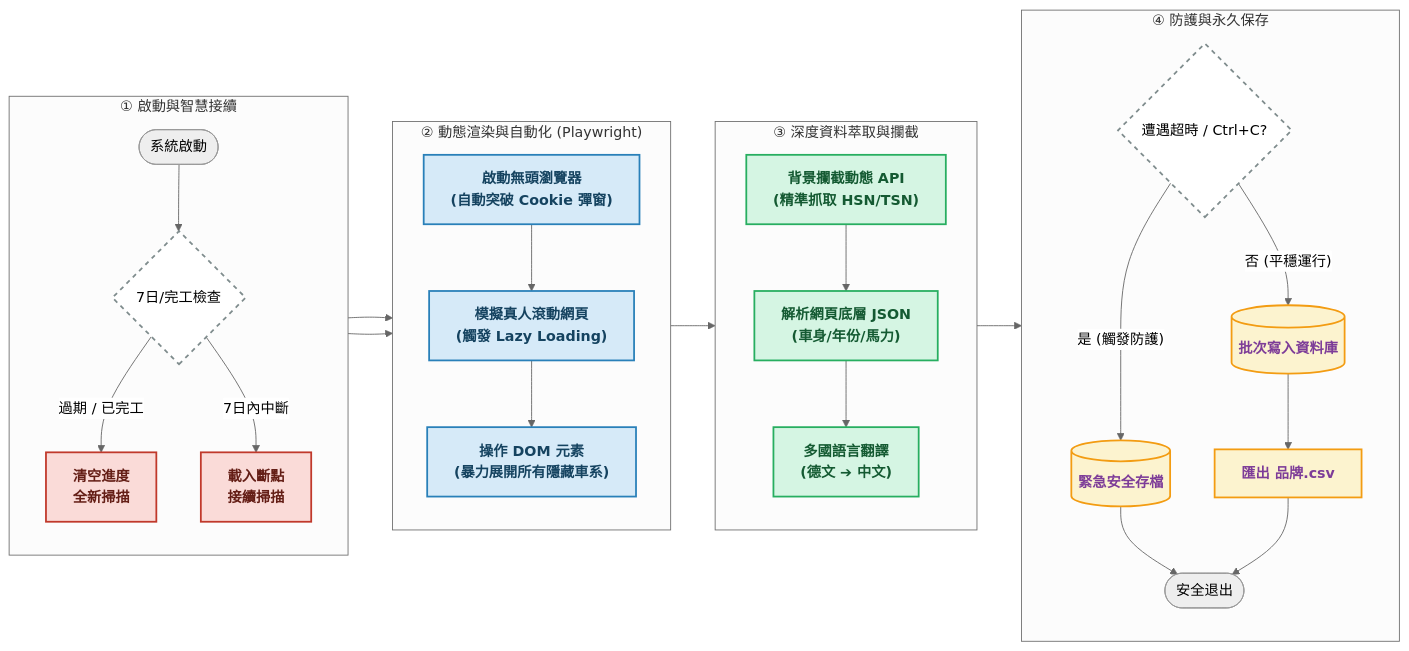
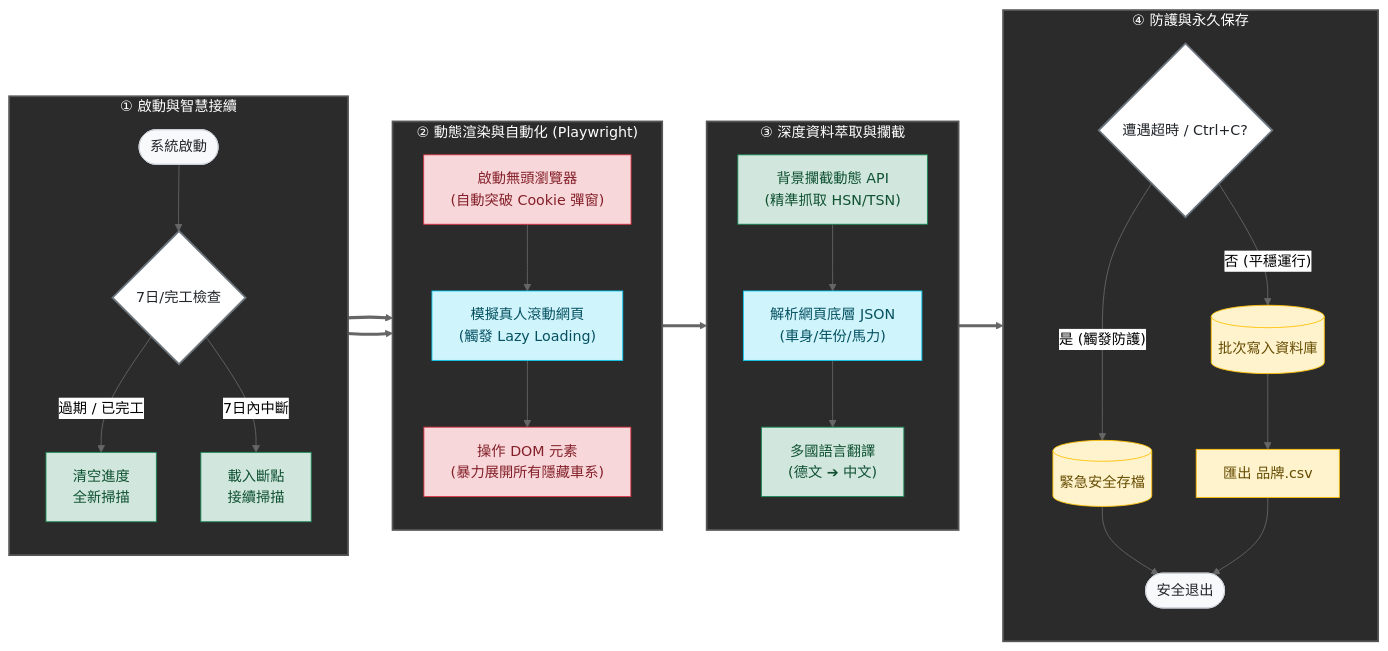
The second of 2 diagrams in 流程圖.md (chi71211/OrangeAutobild), drawn with Mermaid (neutral theme) before and after one commit. The commit also changed other lines of this file, not shown here.

````diff
--- a/流程圖.md
+++ b/流程圖.md
@@ -127,44 +127,55 @@
 ```mermaid
 flowchart LR
-    %% 簡報專用配色與樣式設定
-    classDef phase_init fill:#FADBD8,stroke:#C0392B,stroke-width:2px,color:#641E16,font-weight:bold
-    classDef phase_nav fill:#D6EAF8,stroke:#2980B9,stroke-width:2px,color:#154360,font-weight:bold
-    classDef phase_parse fill:#D5F5E3,stroke:#27AE60,stroke-width:2px,color:#145A32,font-weight:bold
-    classDef phase_save fill:#FCF3CF,stroke:#F39C12,stroke-width:2px,color:#7D3C98,font-weight:bold
-    classDef decision fill:#FFFFFF,stroke:#7F8C8D,stroke-width:2px,stroke-dasharray: 5 5
+    %% --------------------------------------------------
+    %% 節點樣式設定 (深色面板高階配色)
+    %% --------------------------------------------------
+    classDef default fill:#f8f9fa,stroke:#ced4da,stroke-width:1px,color:#212529
+    classDef decision fill:#ffffff,stroke:#6c757d,stroke-width:2px,color:#212529,shape:diamond
+    classDef green_box fill:#d1e7dd,stroke:#198754,stroke-width:1px,color:#0f5132
+    classDef red_box fill:#f8d7da,stroke:#dc3545,stroke-width:1px,color:#842029
+    classDef blue_box fill:#cff4fc,stroke:#0dcaf0,stroke-width:1px,color:#055160
+    classDef db_box fill:#fff3cd,stroke:#ffc107,stroke-width:1px,color:#664d03
+
+    %% --------------------------------------------------
+    %% 區塊背景設定 (深灰色面板)
+    %% --------------------------------------------------
+    style Phase1 fill:#2b2b2b,stroke:#555,stroke-width:2px,color:#fff
+    style Phase2 fill:#2b2b2b,stroke:#555,stroke-width:2px,color:#fff
+    style Phase3 fill:#2b2b2b,stroke:#555,stroke-width:2px,color:#fff
+    style Phase4 fill:#2b2b2b,stroke:#555,stroke-width:2px,color:#fff
 
     subgraph Phase1 ["① 啟動與智慧接續"]
         direction TB
         A([系統啟動]) --> B{"7日/完工檢查"}:::decision
-        B -- "過期 / 已完工" --> C["清空進度<br>全新掃描"]:::phase_init
-        B -- "7日內中斷" --> D["載入斷點<br>接續掃描"]:::phase_init
+        B -- "過期 / 已完工" --> C["清空進度<br>全新掃描"]:::green_box
+        B -- "7日內中斷" --> D["載入斷點<br>接續掃描"]:::green_box
     end
 
     subgraph Phase2 ["② 動態渲染與自動化 (Playwright)"]
         direction TB
-        E["啟動無頭瀏覽器<br>(自動突破 Cookie 彈窗)"]:::phase_nav --> F["模擬真人滾動網頁<br>(觸發 Lazy Loading)"]:::phase_nav
-        F --> G["操作 DOM 元素<br>(暴力展開所有隱藏車系)"]:::phase_nav
+        E["啟動無頭瀏覽器<br>(自動突破 Cookie 彈窗)"]:::red_box --> F["模擬真人滾動網頁<br>(觸發 Lazy Loading)"]:::blue_box
+        F --> G["操作 DOM 元素<br>(暴力展開所有隱藏車系)"]:::red_box
     end
 
     subgraph Phase3 ["③ 深度資料萃取與攔截"]
         direction TB
-        H["背景攔截動態 API<br>(精準抓取 HSN/TSN)"]:::phase_parse --> I["解析網頁底層 JSON<br>(車身/年份/馬力)"]:::phase_parse
-        I --> J["多國語言翻譯<br>(德文 ➔ 中文)"]:::phase_parse
+        H["背景攔截動態 API<br>(精準抓取 HSN/TSN)"]:::green_box --> I["解析網頁底層 JSON<br>(車身/年份/馬力)"]:::blue_box
+        I --> J["多國語言翻譯<br>(德文 ➔ 中文)"]:::green_box
     end
 
     subgraph Phase4 ["④ 防護與永久保存"]
         direction TB
         K{"遭遇超時 / Ctrl+C?"}:::decision
-        K -- "是 (觸發防護)" --> L[(緊急安全存檔)]:::phase_save
-        K -- "否 (平穩運行)" --> M[(批次寫入資料庫)]:::phase_save
+        K -- "是 (觸發防護)" --> L[("緊急安全存檔")]:::db_box
+        K -- "否 (平穩運行)" --> M[("批次寫入資料庫")]:::db_box
         L --> O([安全退出])
-        M --> N["匯出 品牌.csv"]:::phase_save
+        M --> N["匯出 品牌.csv"]:::db_box
         N --> O
     end
 
     %% 跨區塊的動線連結
-    C --> E
-    D --> E
-    G --> H
-    J --> K
+    C ==> E
+    D ==> E
+    G ==> H
+    J ==> K
 ```
````
